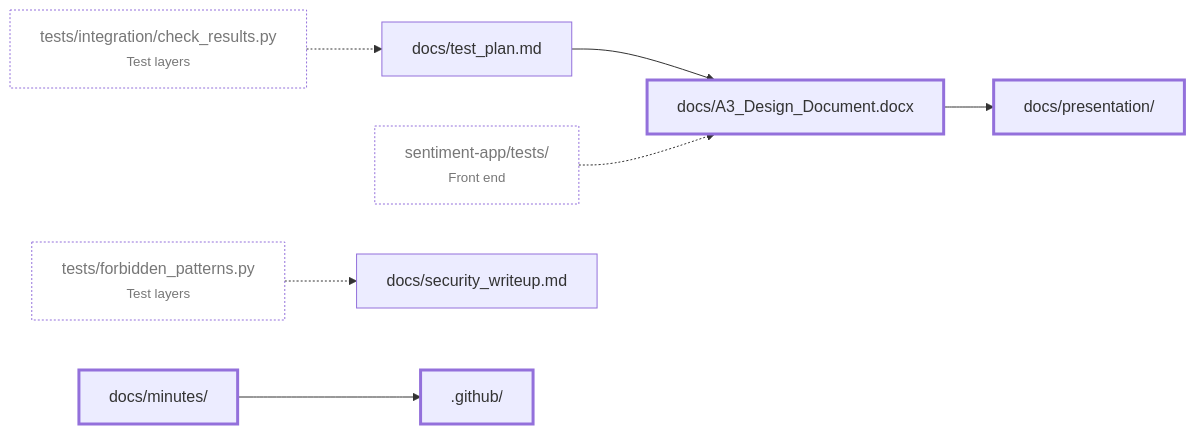
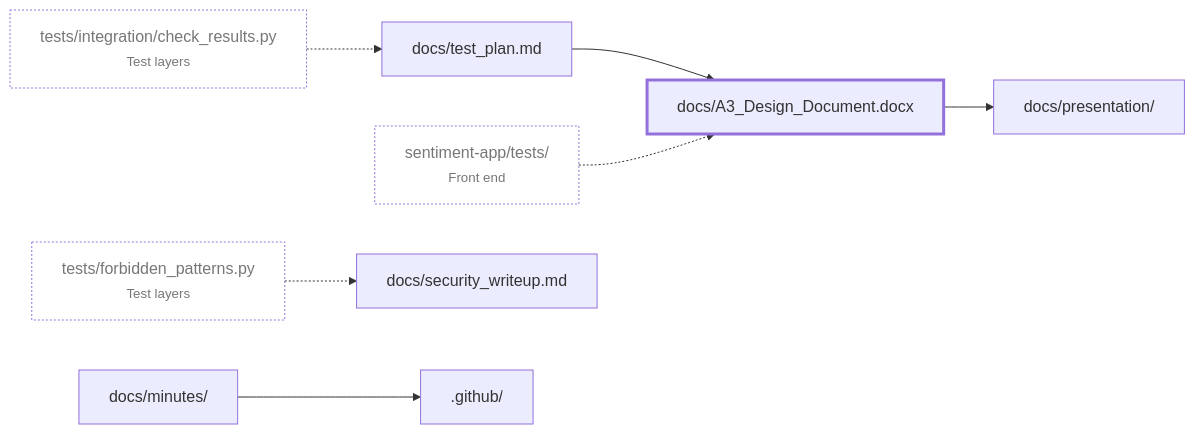
Before and after one commit to hputhireth/Technology-and-Design: the eighth of 9 diagrams in docs/PIPELINE.md, drawn with Mermaid. The commit also changed other lines of this file and 12 other files, not shown here.

````diff
--- a/docs/PIPELINE.md
+++ b/docs/PIPELINE.md
@@ -279,23 +278,23 @@
 ```mermaid
 flowchart LR
   e4["sentiment-app/tests/<br/><small>Front end</small>"]
   d5["tests/forbidden_patterns.py<br/><small>Test layers</small>"]
   d3["tests/integration/check_results.py<br/><small>Test layers</small>"]
   g1["docs/A3_Design_Document.docx"]
   g2["docs/test_plan.md"]
   g3["docs/presentation/"]
   g4["docs/security_writeup.md"]
   g5["docs/minutes/"]
   g6[".github/"]
   d3 -.-> g2
   g2 --> g1
   e4 -.-> g1
   g1 --> g3
   d5 -.-> g4
   g5 --> g6
   classDef cancelled stroke-dasharray: 4 3,opacity:0.55
   classDef live stroke-width:3px
   classDef other stroke-dasharray: 2 2,fill:none,color:#777
-  class g1,g3,g5,g6 live
+  class g1 live
   class d3,d5,e4 other
 ```
````
